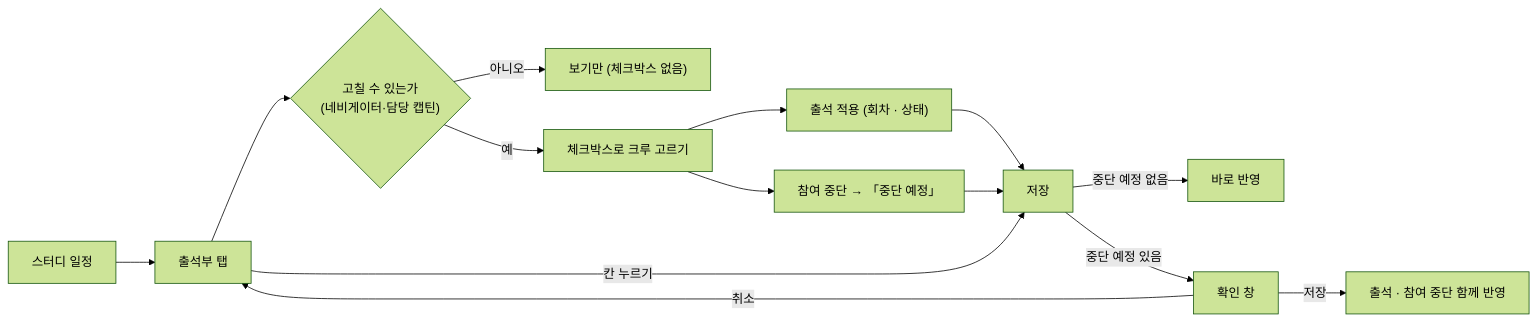
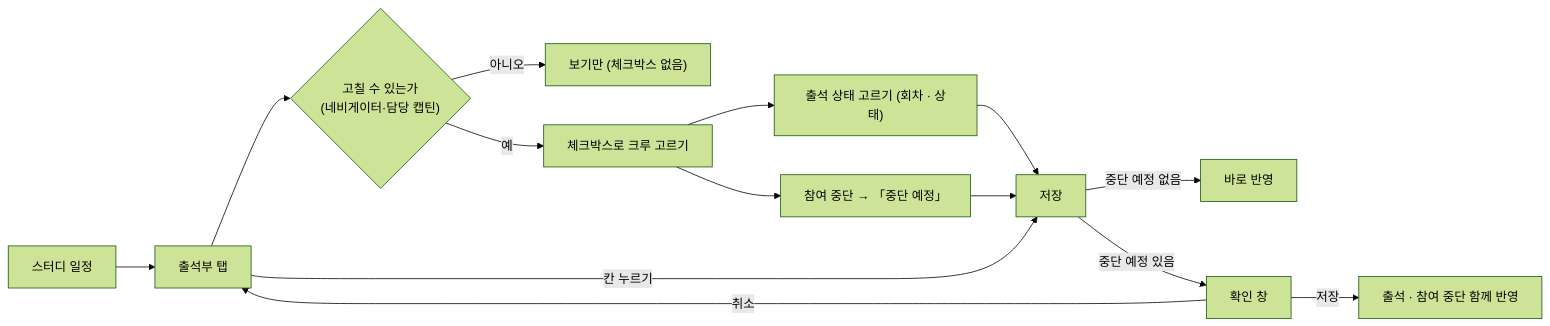
The first of 2 diagrams in 01-planning/stories/navigator-withdraw-participant/PRD.md (StudyClub-PlusPlus/studyclub-engineering), drawn with Mermaid (forest theme) before and after one commit. The commit also changed other lines of this file and 13 other files, not shown here.

````diff
--- a/01-planning/stories/navigator-withdraw-participant/PRD.md
+++ b/01-planning/stories/navigator-withdraw-participant/PRD.md
@@ -10,16 +10,16 @@
 ```mermaid
 flowchart LR
   A["스터디 일정"] --> B["출석부 탭"]
   B --> C{"고칠 수 있는가<br>(네비게이터·담당 캡틴)"}
   C -->|아니오| D["보기만 (체크박스 없음)"]
   C -->|예| E["체크박스로 크루 고르기"]
-  E --> F["출석 적용 (회차 · 상태)"]
+  E --> F["출석 상태 고르기 (회차 · 상태)"]
   E --> G["참여 중단 → 「중단 예정」"]
   F --> H["저장"]
   G --> H
   B -->|칸 누르기| H
   H -->|중단 예정 없음| I["바로 반영"]
   H -->|중단 예정 있음| J["확인 창"]
   J -->|저장| K["출석 · 참여 중단 함께 반영"]
   J -->|취소| B
 ```
````
